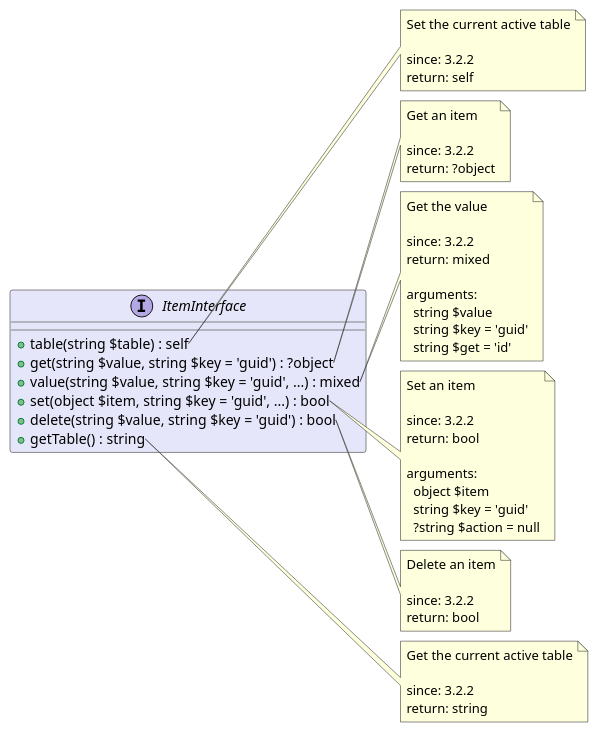
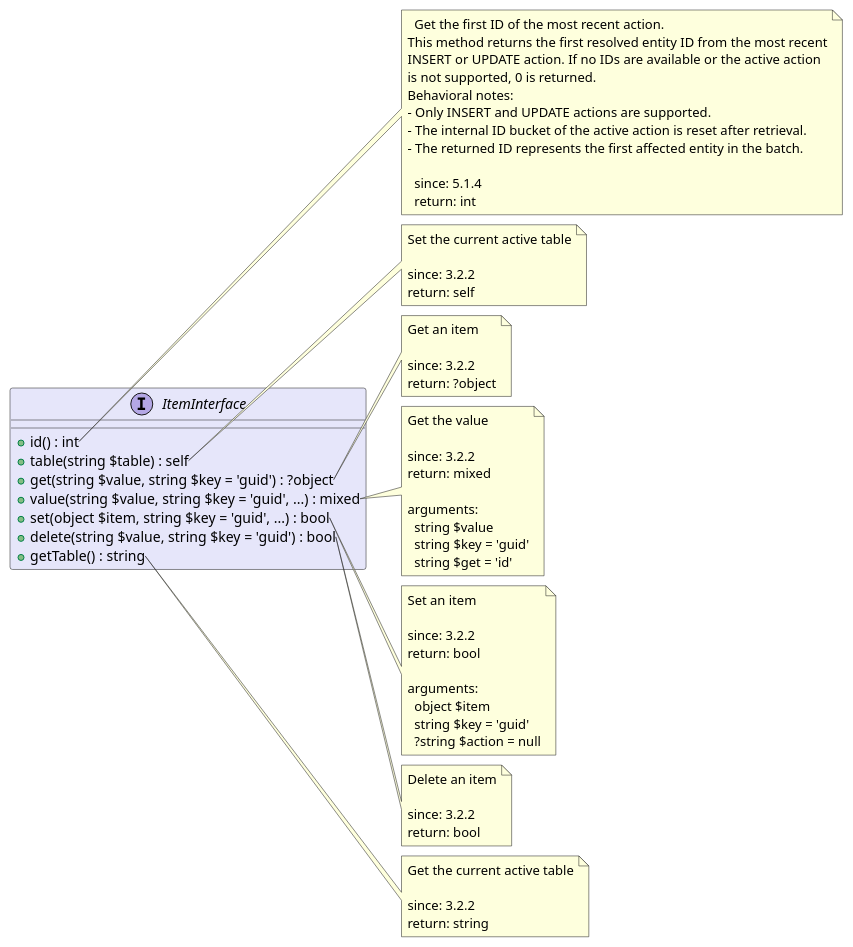
One commit to joomengine/super-powers changed the diagram in src/05744dd3-4030-4cf8-8dda-a93ab809b473/README.md. Above: the diagram before and after it, drawn with PlantUML. The commit also changed 115 other files, not shown here.

````diff
--- a/src/05744dd3-4030-4cf8-8dda-a93ab809b473/README.md
+++ b/src/05744dd3-4030-4cf8-8dda-a93ab809b473/README.md
@@ -5,66 +5,81 @@
 ```uml
 @startuml
 
 interface ItemInterface  #Lavender {
+  + id() : int
   + table(string $table) : self
   + get(string $value, string $key = 'guid') : ?object
   + value(string $value, string $key = 'guid', ...) : mixed
   + set(object $item, string $key = 'guid', ...) : bool
   + delete(string $value, string $key = 'guid') : bool
   + getTable() : string
 }
+
+note right of ItemInterface::id
+  Get the first ID of the most recent action.
+This method returns the first resolved entity ID from the most recent
+INSERT or UPDATE action. If no IDs are available or the active action
+is not supported, 0 is returned.
+Behavioral notes:
+- Only INSERT and UPDATE actions are supported.
+- The internal ID bucket of the active action is reset after retrieval.
+- The returned ID represents the first affected entity in the batch.
+
+  since: 5.1.4
+  return: int
+end note
 
 note right of ItemInterface::table
   Set the current active table
 
   since: 3.2.2
   return: self
 end note
 
 note right of ItemInterface::get
   Get an item
 
   since: 3.2.2
   return: ?object
 end note
 
 note right of ItemInterface::value
   Get the value
 
   since: 3.2.2
   return: mixed
   
   arguments:
     string $value
     string $key = 'guid'
     string $get = 'id'
 end note
 
 note right of ItemInterface::set
   Set an item
 
   since: 3.2.2
   return: bool
   
   arguments:
     object $item
     string $key = 'guid'
     ?string $action = null
 end note
 
 note right of ItemInterface::delete
   Delete an item
 
   since: 3.2.2
   return: bool
 end note
 
 note right of ItemInterface::getTable
   Get the current active table
 
   since: 3.2.2
   return: string
 end note
 
 @enduml
 ```
````
